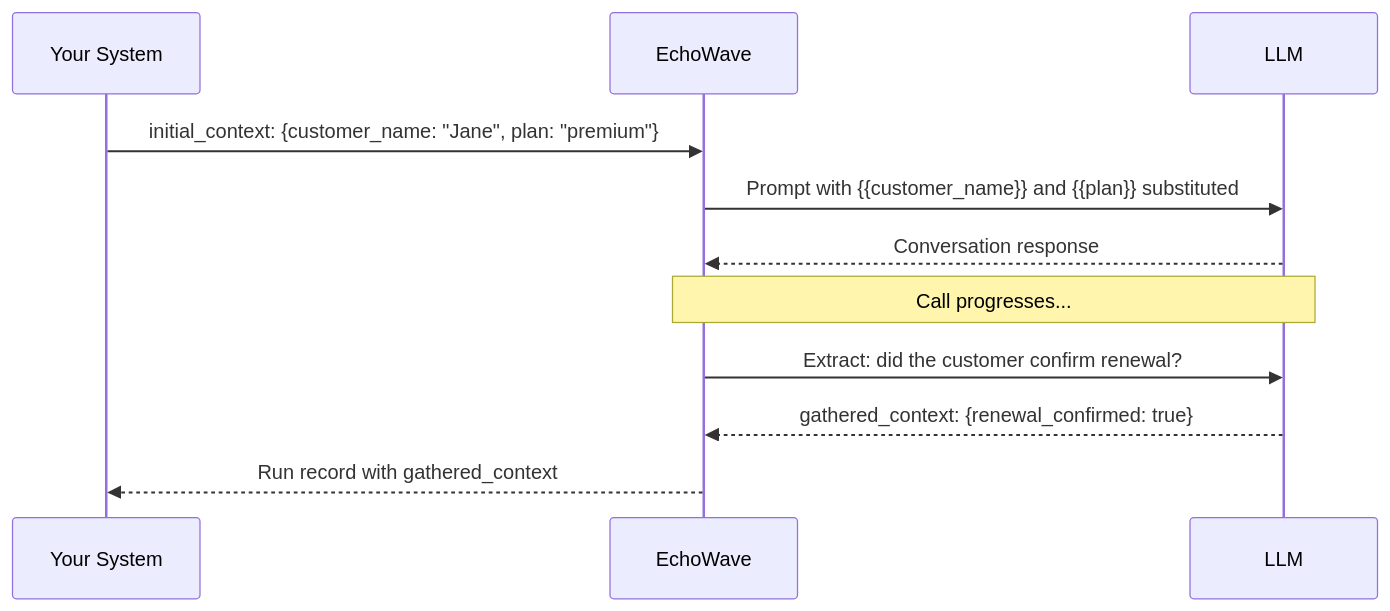
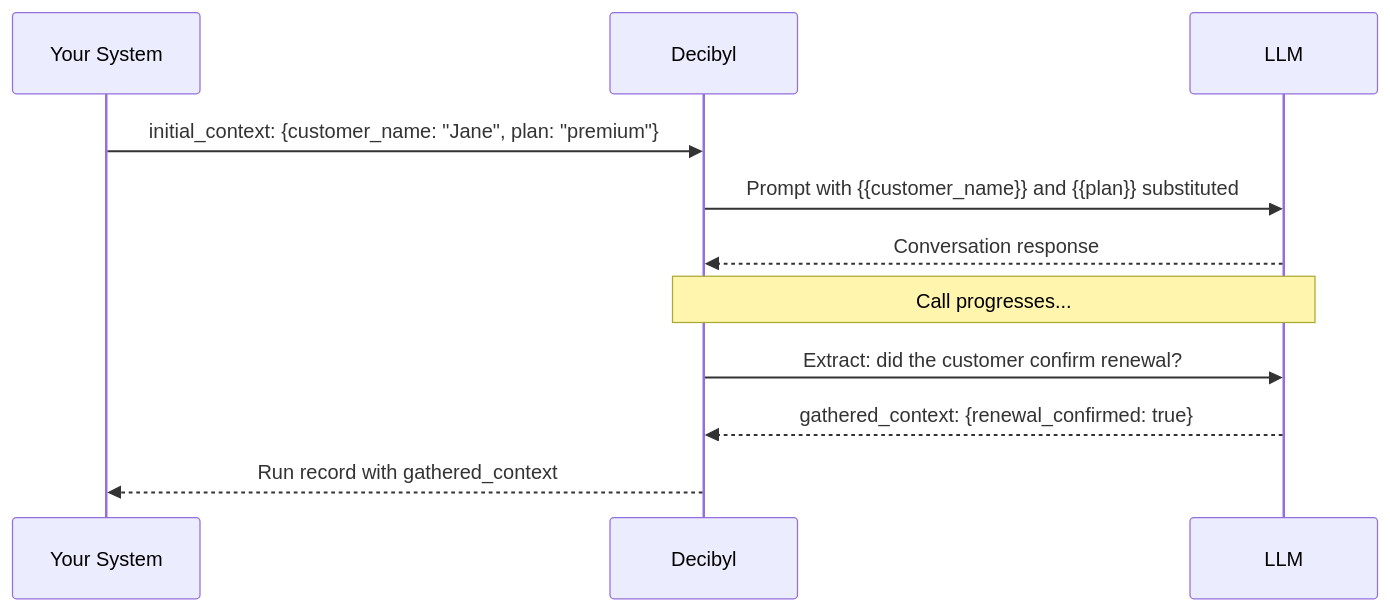
One commit to Stratfiy/echowave-redesign changed the diagram in echowave/docs/core-concepts/context-and-variables.mdx. Above: the diagram before and after it, drawn with Mermaid. The commit also changed other lines of this file and 490 other files, not shown here.

````diff
--- a/echowave/docs/core-concepts/context-and-variables.mdx
+++ b/echowave/docs/core-concepts/context-and-variables.mdx
@@ -131,14 +131,14 @@
 ```mermaid
 sequenceDiagram
     participant App as Your System
-    participant Dog as EchoWave
+    participant Dog as Decibyl
     participant LLM as LLM
 
     App->>Dog: initial_context: {customer_name: "Jane", plan: "premium"}
     Dog->>LLM: Prompt with {{customer_name}} and {{plan}} substituted
     LLM-->>Dog: Conversation response
     Note over Dog,LLM: Call progresses...
     Dog->>LLM: Extract: did the customer confirm renewal?
     LLM-->>Dog: gathered_context: {renewal_confirmed: true}
     Dog-->>App: Run record with gathered_context
 ```
````
